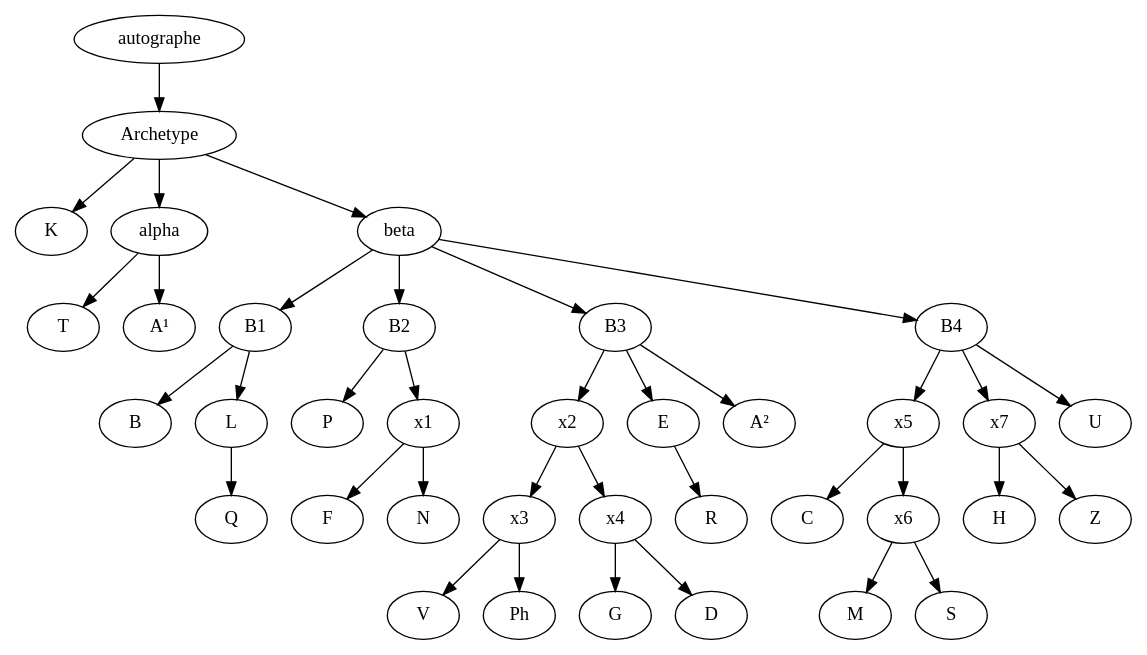
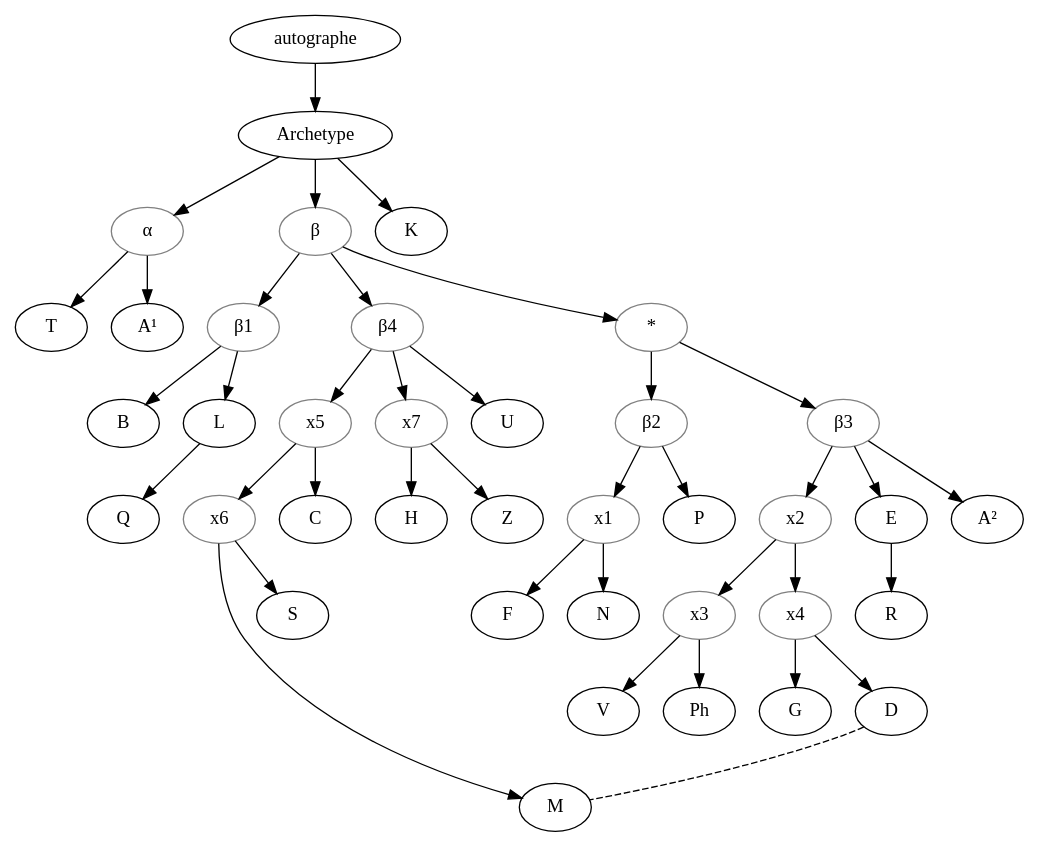
The diagram in Monarchia/graph.gv (OpenStemmata/database), drawn with Graphviz before and after one commit. The commit also changed 1 other file, not shown here.

```diff
--- a/Monarchia/graph.gv
+++ b/Monarchia/graph.gv
@@ -1,49 +1,64 @@
 digraph {
+    alpha[color="grey", label="α"]
+    beta[color="grey", label="β"]
+    B1[color="grey", label="β1"]
+    B2[color="grey", label="β2"]
+    B3[color="grey", label="β3"]
+    B4[color="grey", label="β4"]
+    x1[color="grey"]
+    x2[color="grey"]
+    x3[color="grey"]
+    x4[color="grey"]
+    x5[color="grey"]
+    x6[color="grey"]
+    x7[color="grey"]
+    etoile[color="grey", label="*"]
+
     autographe -> Archetype;
     Archetype -> K;
     Archetype -> alpha;
     Archetype -> beta;
 
     alpha -> T;
     alpha -> A¹;
 
     beta -> B1;
-    beta -> B2;
-    beta -> B3;
+    beta -> etoile;
+    etoile -> B2;
+    etoile -> B3;
+
     beta -> B4;
 
     B1 -> B;
     B1 -> L;
     L -> Q;
 
     B2 -> P;
     B2 -> x1;
     x1 -> F;
     x1 -> N;
 
     B3 -> x2;
     B3 -> E;
     B3 -> A²;
     E -> R;
 
     x2 -> x3;
     x2 -> x4;
     x3 -> V;
     x3 -> Ph;
 
     x4 -> G;
     x4 -> D;
 
     B4 -> x5;
     B4 -> x7;
     B4 -> U;
     x5 -> C;
     x5 -> x6;
     x6 -> M;
     x6 -> S;
     x7 -> H;
     x7 -> Z;
-   
-
-
+    D -> M[dir=none, style="dashed"];
 }
```
